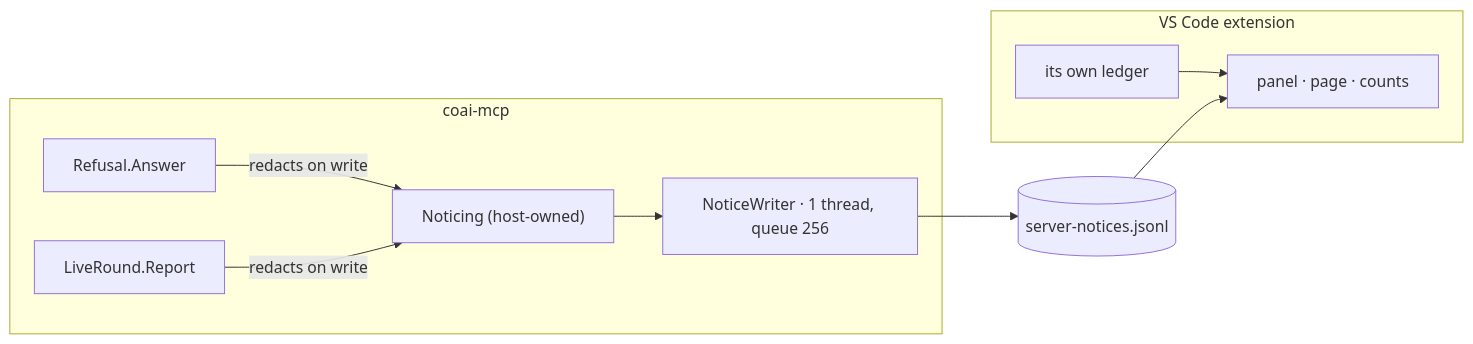
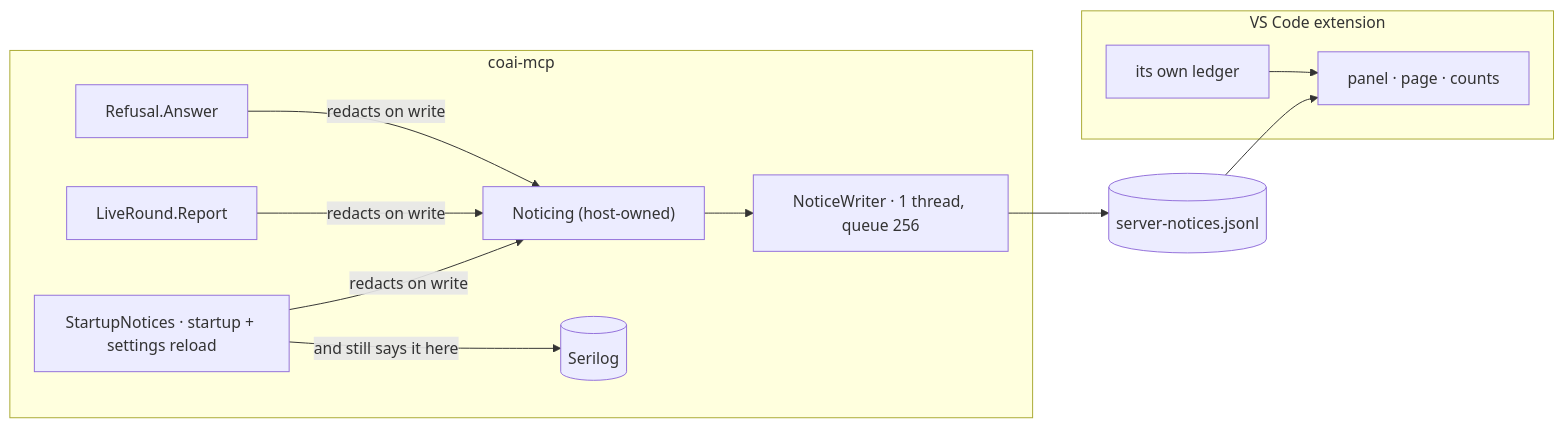
The third of 5 diagrams in research/architecture.md (oleksandrdubyna88/dew_flow_connect_other_ais), drawn with Mermaid before and after one commit. The commit also changed other lines of this file and 7 other files, not shown here.

First line of the commit message:
feat(notices): the settings RELOAD says what it could not read, too

````diff
--- a/research/architecture.md
+++ b/research/architecture.md
@@ -548,19 +556,23 @@
 ```mermaid
 flowchart LR
     subgraph server["coai-mcp"]
         refusal["Refusal.Answer"]
         round["LiveRound.Report"]
+        startup["StartupNotices · startup + settings reload"]
         noticing["Noticing (host-owned)"]
         writer["NoticeWriter · 1 thread, queue 256"]
+        log[("Serilog")]
     end
     subgraph ext["VS Code extension"]
         own["its own ledger"]
         page["panel · page · counts"]
     end
     file[("server-notices.jsonl")]
     refusal -- "redacts on write" --> noticing
     round -- "redacts on write" --> noticing
+    startup -- "redacts on write" --> noticing
+    startup -- "and still says it here" --> log
     noticing --> writer --> file
     own --> page
     file --> page
 ```
````
